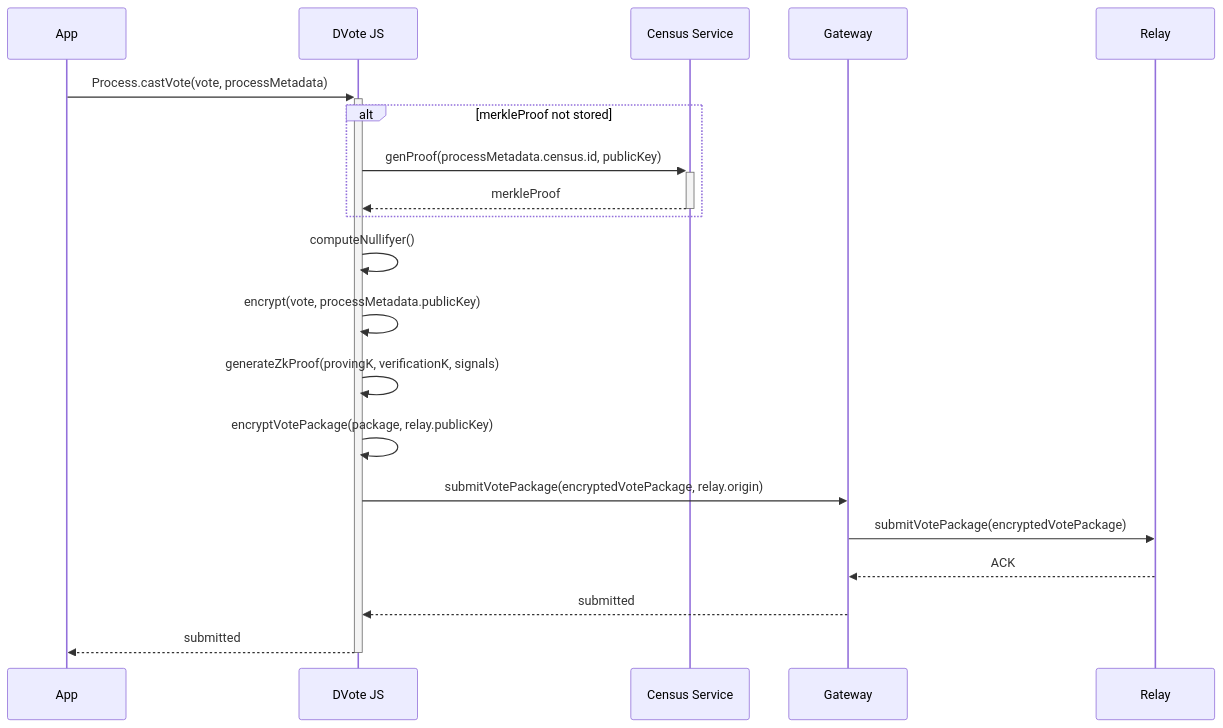
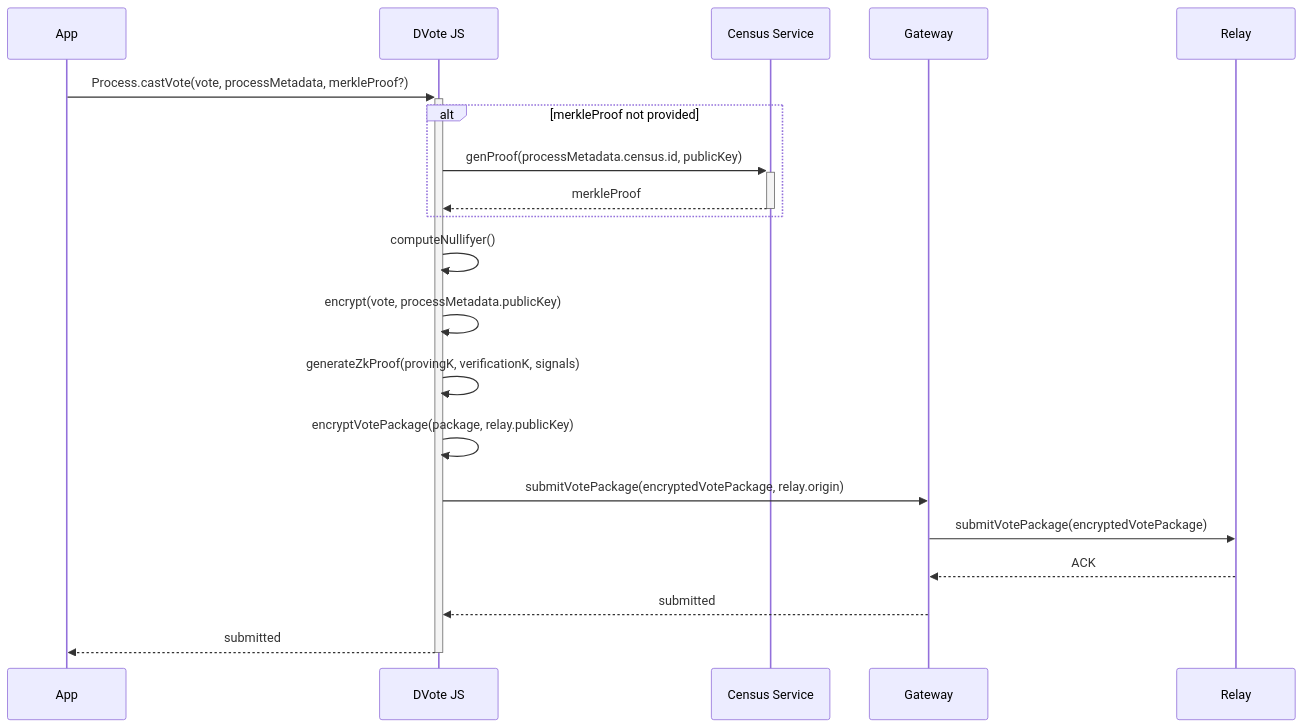
The tenth of 11 diagrams in docs/protocol/sequence-diagrams.md (vocdoni/docs), drawn with Mermaid before and after one commit. The commit also changed other lines of this file and 2 other files, not shown here.

Commit message:
Defining the cast of a linkable ring signature vote

````diff
--- a/docs/protocol/sequence-diagrams.md
+++ b/docs/protocol/sequence-diagrams.md
@@ -277,36 +277,36 @@
 ```mermaid
 sequenceDiagram
 
     participant App
     participant DV as DVote JS
     participant CS as Census Service
     participant GW as Gateway
     participant RL as Relay
 
-    App->>+DV: Process.castVote(vote, processMetadata)
+    App->>+DV: Process.castVote(vote, processMetadata, merkleProof?)
 
-        alt merkleProof not stored
+        alt merkleProof not provided
 
             DV->>+CS: genProof(processMetadata.census.id, publicKey)
             CS-->>-DV: merkleProof
 
         end
 
         DV->>DV: computeNullifyer()
 
         DV->>DV: encrypt(vote, processMetadata.publicKey)
 
         DV->>DV: generateZkProof(provingK, verificationK, signals)
 
         DV->>DV: encryptVotePackage(package, relay.publicKey)
 
         DV->>GW: submitVotePackage(encryptedVotePackage, relay.origin)
             
             GW->>RL: submitVotePackage(encryptedVotePackage)
             RL-->>GW: ACK
         
         GW-->>DV: submitted
 
     DV-->>-App: submitted
 
 ```
````
